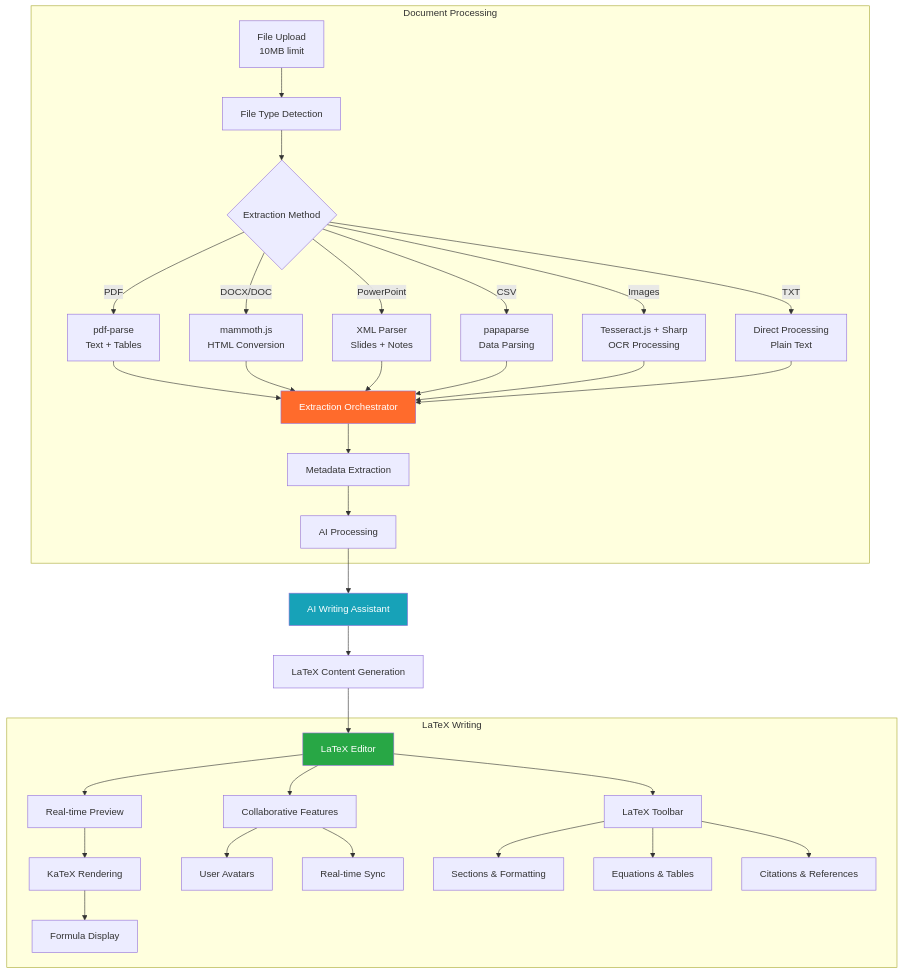
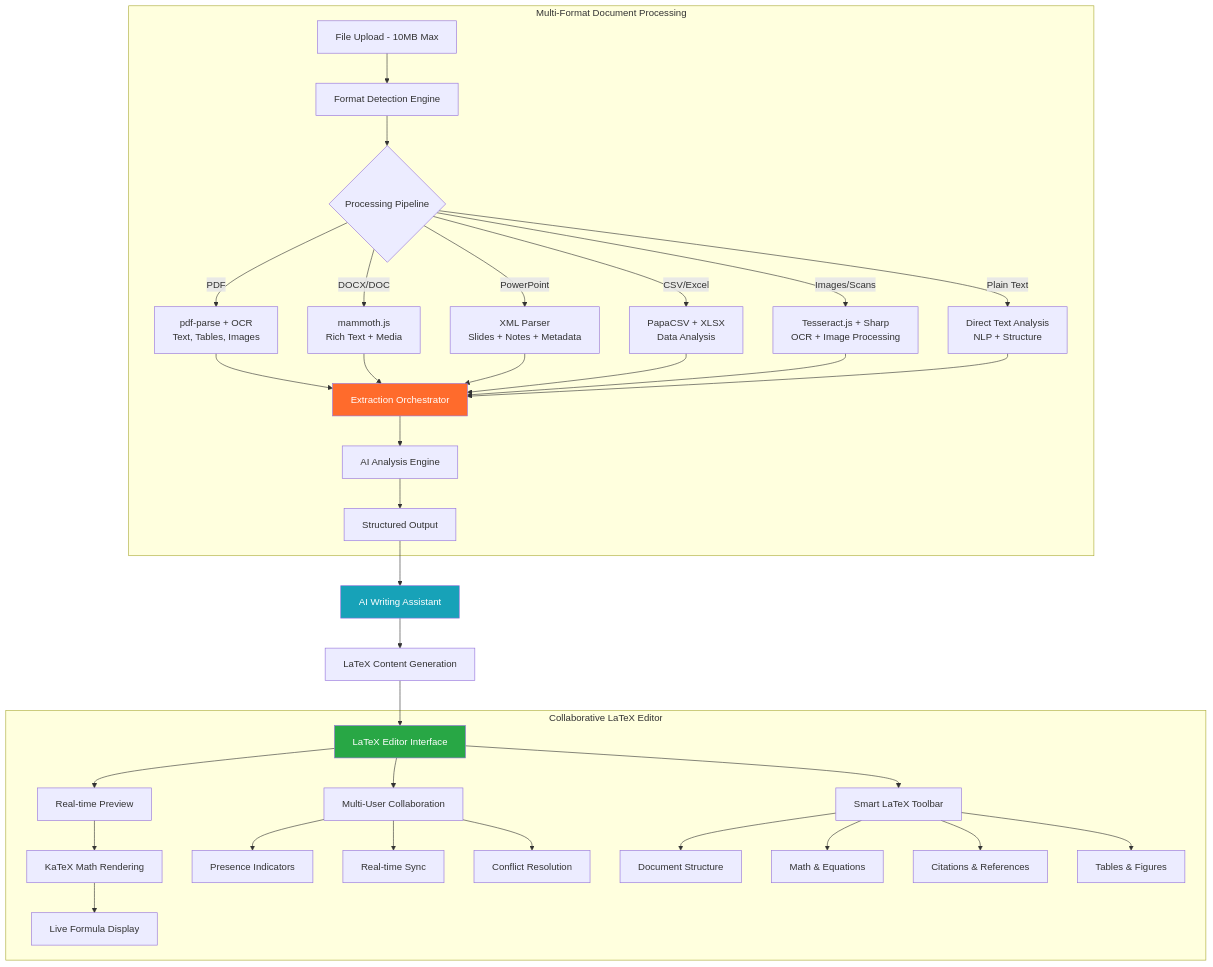
Before and after one commit to Kedhareswer/thesisflow-ai: the third of 8 diagrams in README.md, drawn with Mermaid. The commit also changed other lines of this file, not shown here.

````diff
--- a/README.md
+++ b/README.md
@@ -184,41 +211,43 @@
 ```mermaid
 flowchart TB
-    subgraph "Document Processing"
-        A[File Upload<br/>10MB limit] --> B[File Type Detection]
-        B --> C{Extraction Method}
+    subgraph "Multi-Format Document Processing"
+        A[File Upload - 10MB Max] --> B[Format Detection Engine]
+        B --> C{Processing Pipeline}
         
-        C -->|PDF| D[pdf-parse<br/>Text + Tables]
-        C -->|DOCX/DOC| E[mammoth.js<br/>HTML Conversion]
-        C -->|PowerPoint| F[XML Parser<br/>Slides + Notes]
-        C -->|CSV| G[papaparse<br/>Data Parsing]
-        C -->|Images| H[Tesseract.js + Sharp<br/>OCR Processing]
-        C -->|TXT| I[Direct Processing<br/>Plain Text]
+        C -->|PDF| D[pdf-parse + OCR<br/>Text, Tables, Images]
+        C -->|DOCX/DOC| E[mammoth.js<br/>Rich Text + Media]
+        C -->|PowerPoint| F[XML Parser<br/>Slides + Notes + Metadata]
+        C -->|CSV/Excel| G[PapaCSV + XLSX<br/>Data Analysis]
+        C -->|Images/Scans| H[Tesseract.js + Sharp<br/>OCR + Image Processing]
+        C -->|Plain Text| I[Direct Text Analysis<br/>NLP + Structure]
         
         D & E & F & G & H & I --> J[Extraction Orchestrator]
-        J --> K[Metadata Extraction]
-        K --> L[AI Processing]
+        J --> K[AI Analysis Engine]
+        K --> L[Structured Output]
     end
     
-    subgraph "LaTeX Writing"
-        M[LaTeX Editor] --> N[Real-time Preview]
-        N --> O[KaTeX Rendering]
-        O --> P[Formula Display]
+    subgraph "Collaborative LaTeX Editor"
+        M[LaTeX Editor Interface] --> N[Real-time Preview]
+        N --> O[KaTeX Math Rendering]
+        O --> P[Live Formula Display]
         
-        M --> Q[Collaborative Features]
-        Q --> R[User Avatars]
+        M --> Q[Multi-User Collaboration]
+        Q --> R[Presence Indicators]
         Q --> S[Real-time Sync]
+        Q --> T[Conflict Resolution]
         
-        M --> T[LaTeX Toolbar]
-        T --> U[Sections & Formatting]
-        T --> V[Equations & Tables]
-        T --> W[Citations & References]
+        M --> U[Smart LaTeX Toolbar]
+        U --> V[Document Structure]
+        U --> W[Math & Equations]
+        U --> X[Citations & References]
+        U --> Y[Tables & Figures]
     end
     
-    L --> X[AI Writing Assistant]
-    X --> Y[LaTeX Content Generation]
-    Y --> M
+    L --> Z[AI Writing Assistant]
+    Z --> AA[LaTeX Content Generation]
+    AA --> M
     
     style J fill:#FF6B2C,color:#fff
     style M fill:#28a745,color:#fff
-    style X fill:#17a2b8,color:#fff
+    style Z fill:#17a2b8,color:#fff
 ```
````
